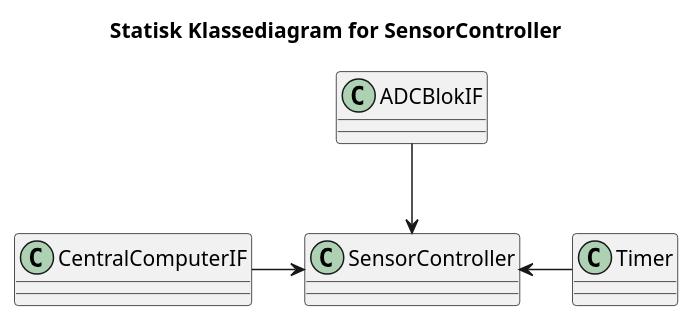
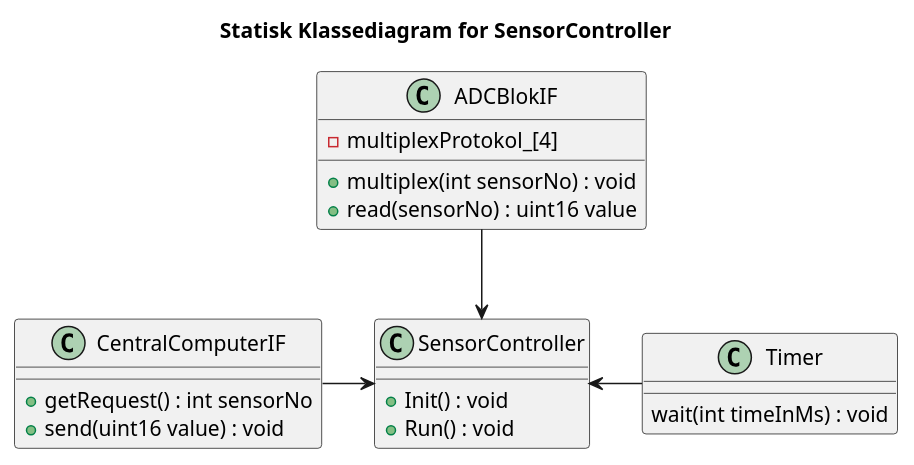
Before and after one commit to Solvgraa-mager/E4PRJ4: the diagram in Design/SE/SensorController/Software/SensorControllerKlassediagram.puml, drawn with PlantUML. The commit also changed 7 other files, not shown here.

Commit message:
Sekvensdiagrammer tilføjet /Simon

```diff
--- a/Design/SE/SensorController/Software/SensorControllerKlassediagram.puml
+++ b/Design/SE/SensorController/Software/SensorControllerKlassediagram.puml
@@ -1,12 +1,25 @@
 @startuml
 title Statisk Klassediagram for SensorController
 
-class SensorController
-class ADCBlokIF
-class CentralComputerIF
-class Timer
+class SensorController{
+    +Init() : void
+    +Run() : void
+}
+class ADCBlokIF{
+    +multiplex(int sensorNo) : void
+    +read(sensorNo) : uint16 value
+    -multiplexProtokol_[4]
+}
+class CentralComputerIF{
+    +getRequest() : int sensorNo
+    +send(uint16 value) : void
+}
+class Timer{
+    wait(int timeInMs) : void
+}
 
 ADCBlokIF --> SensorController
 CentralComputerIF -> SensorController
-SensorController <- Timer 
+SensorController <- Timer
+
 @enduml
```
